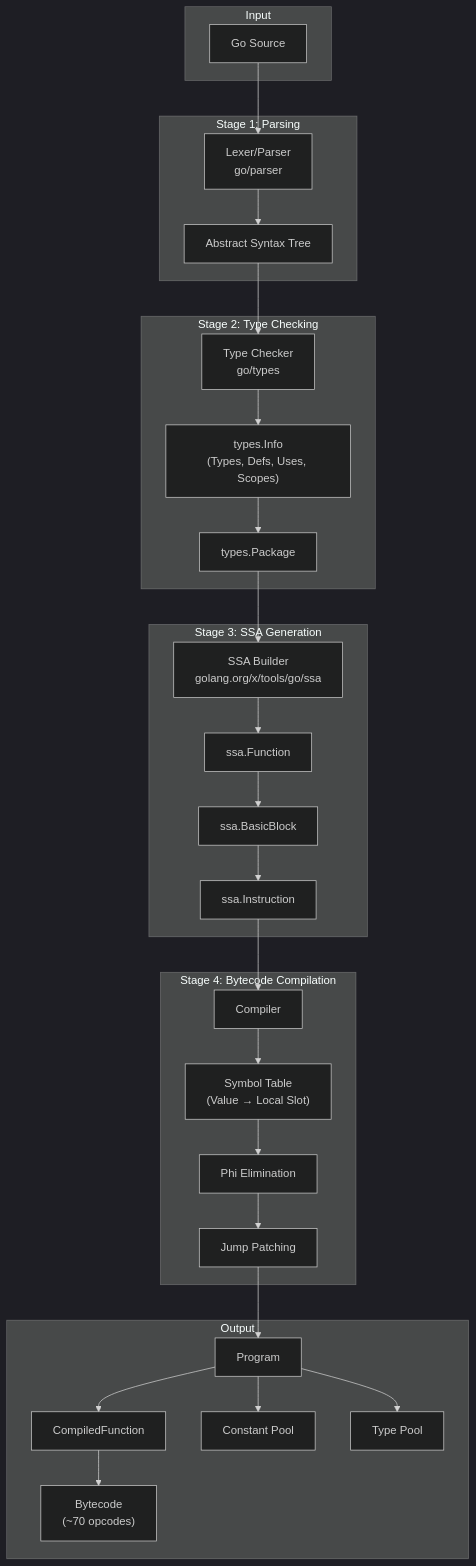
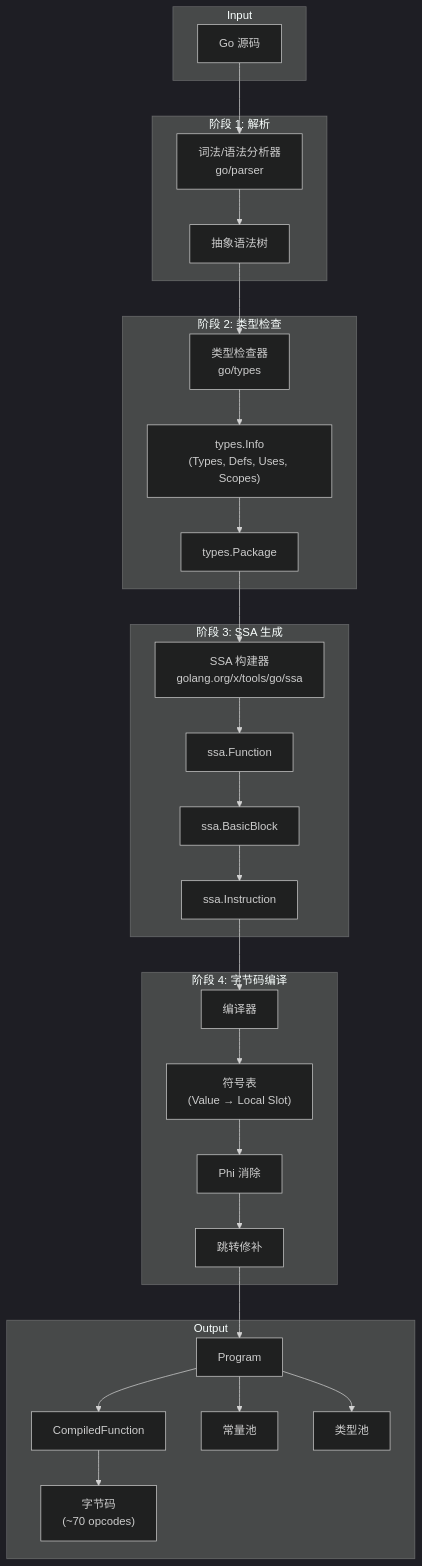
One commit to t04dJ14n9/gig changed the fourth of 7 diagrams in README.md. Above: the diagram before and after it, drawn with Mermaid (dark theme). The commit also changed other lines of this file and 130 other files, not shown here.

````diff
--- a/README.md
+++ b/README.md
@@ -509,49 +509,49 @@
 ```mermaid
 flowchart TB
     subgraph Input
-        SRC["Go Source"]
+        SRC["Go 源码"]
     end
     
-    subgraph "Stage 1: Parsing"
-        P1["Lexer/Parser<br/>go/parser"]
-        AST["Abstract Syntax Tree"]
+    subgraph "阶段 1: 解析"
+        P1["词法/语法分析器<br/>go/parser"]
+        AST["抽象语法树"]
     end
     
-    subgraph "Stage 2: Type Checking"
-        P2["Type Checker<br/>go/types"]
+    subgraph "阶段 2: 类型检查"
+        P2["类型检查器<br/>go/types"]
         TCINFO["types.Info<br/>(Types, Defs, Uses, Scopes)"]
         PKG["types.Package"]
     end
     
-    subgraph "Stage 3: SSA Generation"
-        P3["SSA Builder<br/>golang.org/x/tools/go/ssa"]
+    subgraph "阶段 3: SSA 生成"
+        P3["SSA 构建器<br/>golang.org/x/tools/go/ssa"]
         SSAFN["ssa.Function"]
         SSABLK["ssa.BasicBlock"]
         SSAINST["ssa.Instruction"]
     end
     
-    subgraph "Stage 4: Bytecode Compilation"
-        P4["Compiler"]
-        SYM["Symbol Table<br/>(Value → Local Slot)"]
-        PHI["Phi Elimination"]
-        JMP["Jump Patching"]
+    subgraph "阶段 4: 字节码编译"
+        P4["编译器"]
+        SYM["符号表<br/>(Value → Local Slot)"]
+        PHI["Phi 消除"]
+        JMP["跳转修补"]
     end
     
     subgraph Output
         PROG["Program"]
         FN["CompiledFunction"]
-        CODE["Bytecode<br/>(~70 opcodes)"]
-        CONSTPOOL["Constant Pool"]
-        TYPEPOOL["Type Pool"]
+        CODE["字节码<br/>(~70 opcodes)"]
+        CONSTPOOL["常量池"]
+        TYPEPOOL["类型池"]
     end
     
     SRC --> P1 --> AST
     AST --> P2 --> TCINFO --> PKG
     PKG --> P3 --> SSAFN --> SSABLK --> SSAINST
     SSAINST --> P4
     P4 --> SYM --> PHI --> JMP
     JMP --> PROG
     PROG --> FN --> CODE
     PROG --> CONSTPOOL
     PROG --> TYPEPOOL
 ```
````
